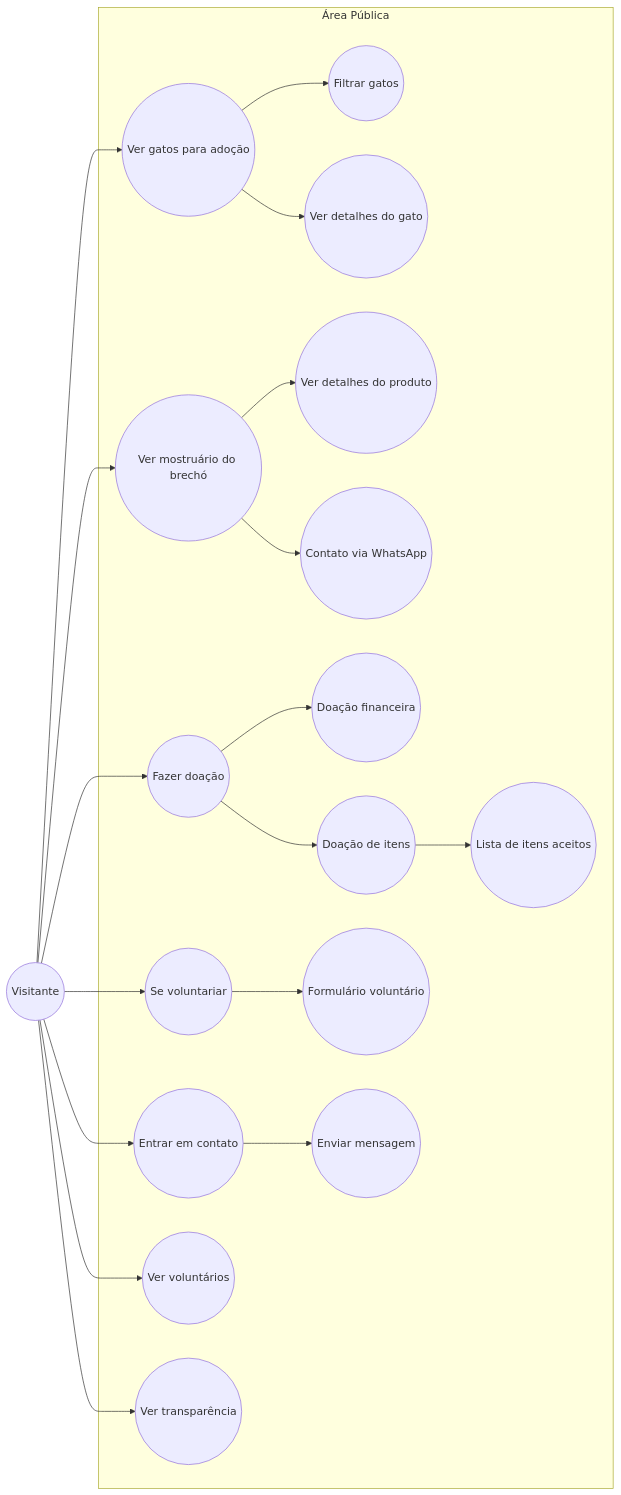
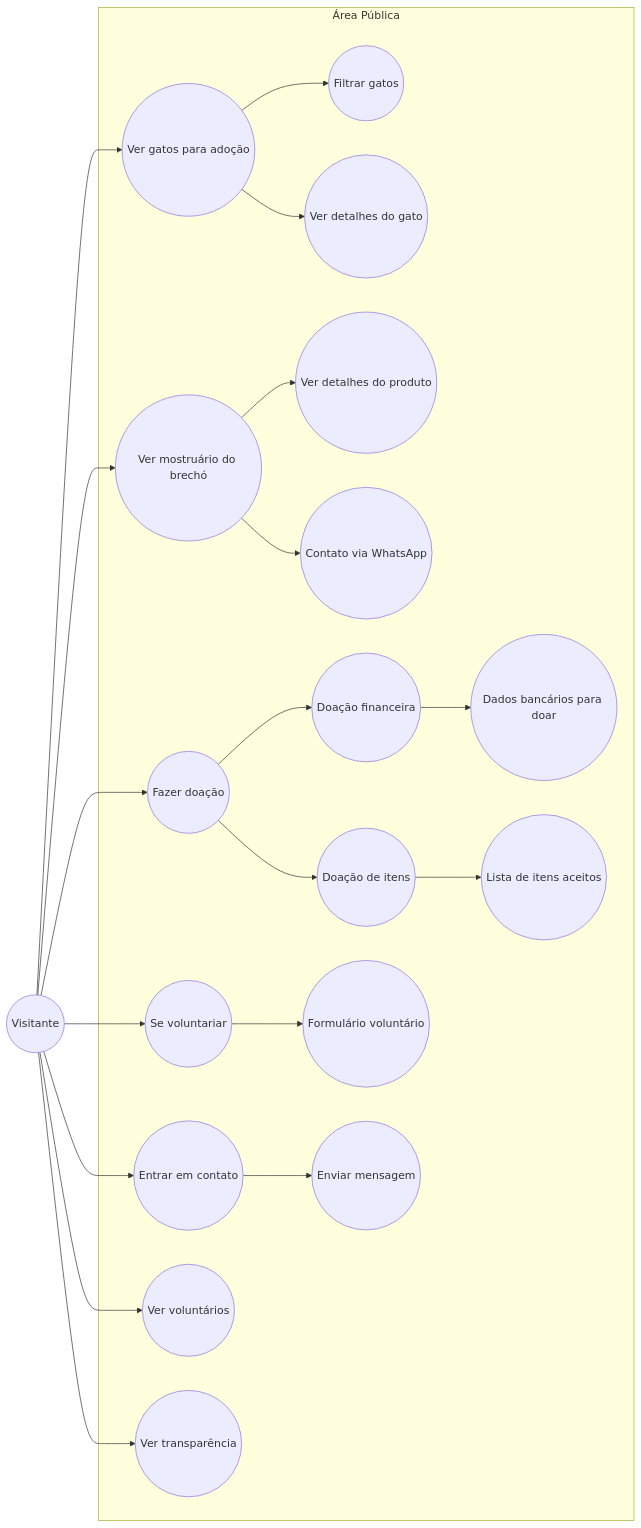
One commit to ligiaoliveira/Casa-dos-Gatos changed the first of 3 diagrams in README.md. Above: the diagram before and after it, drawn with Mermaid. The commit also changed other lines of this file, not shown here.

````diff
--- a/README.md
+++ b/README.md
@@ -92,42 +92,44 @@
 ```mermaid
 flowchart LR
     Visitante((Visitante))
 
     subgraph Área Pública
         UC1((Ver gatos para adoção))
         UC2((Ver mostruário do brechó))
         UC3((Fazer doação))
         UC4((Se voluntariar))
         UC5((Entrar em contato))
         UC6((Ver voluntários))
         UC7((Ver transparência))
 
         UC8((Filtrar gatos))
         UC9((Ver detalhes do gato))
         UC10((Ver detalhes do produto))
         UC11((Contato via WhatsApp))
         UC12((Formulário voluntário))
         UC13((Doação financeira))
         UC14((Enviar mensagem))
         UC15((Doação de itens))
         UC16((Lista de itens aceitos))
+        UC17((Dados bancários para doar))
     end
 
     Visitante --> UC1
     Visitante --> UC2
     Visitante --> UC3
     Visitante --> UC4
     Visitante --> UC5
     Visitante --> UC6
     Visitante --> UC7
 
     UC1 --> UC8
     UC1 --> UC9
     UC2 --> UC10
     UC2 --> UC11
     UC3 --> UC13
     UC3 --> UC15
     UC4 --> UC12
     UC5 --> UC14
+    UC13 --> UC17
     UC15 --> UC16
 ```
````
